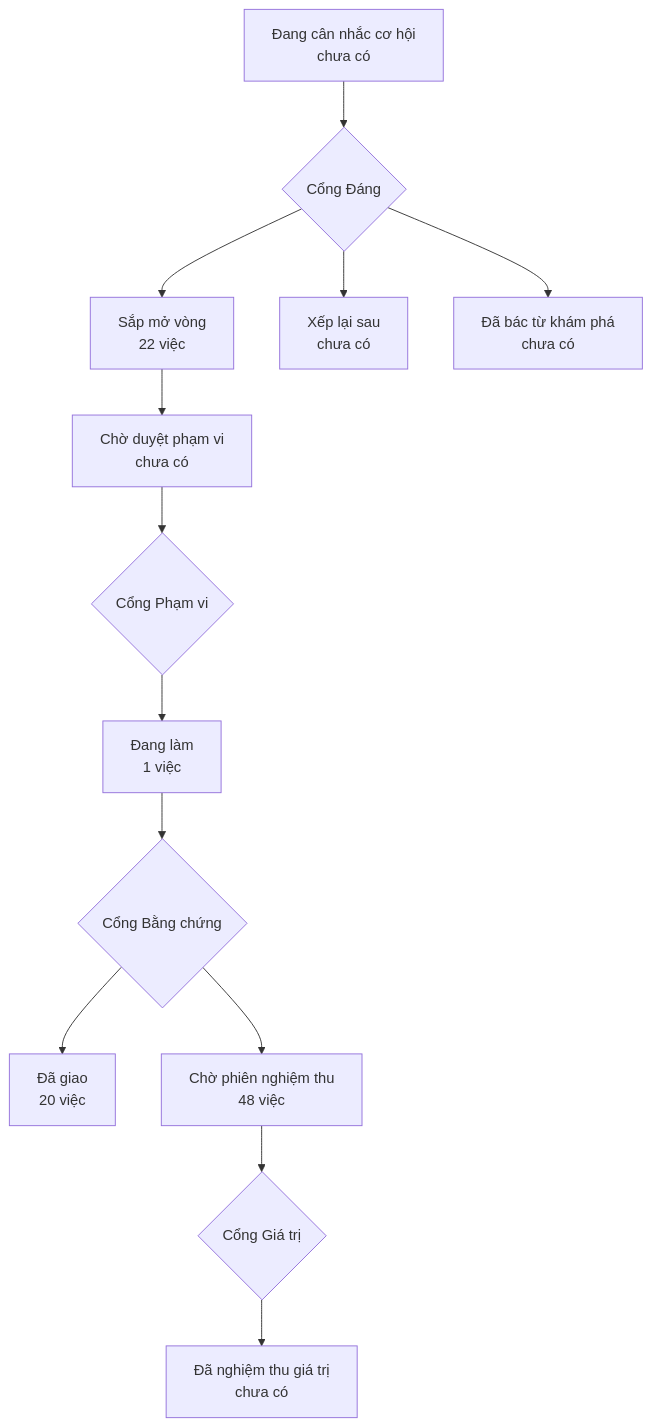
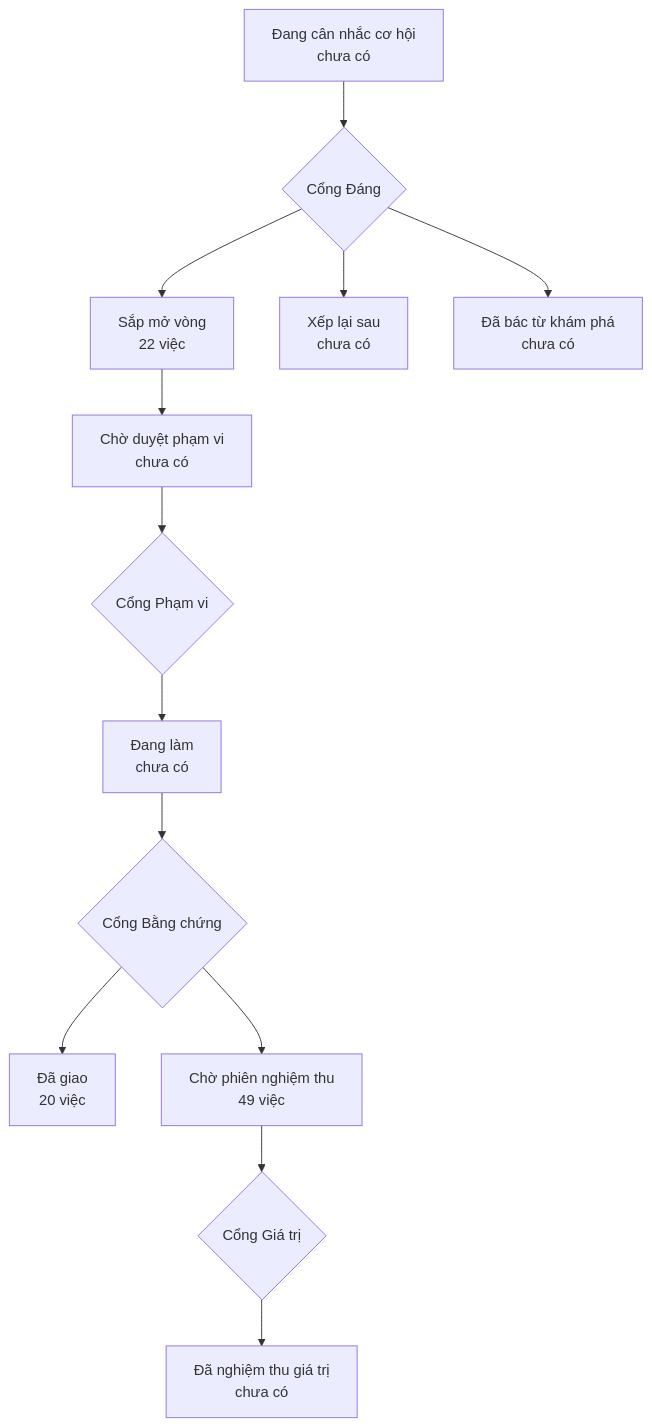
Before and after one commit to phanlemanh/onehub-quy-hang: the diagram in PRODUCT-MAP.md, drawn with Mermaid. The commit also changed other lines of this file and 23 other files, not shown here.

````diff
--- a/PRODUCT-MAP.md
+++ b/PRODUCT-MAP.md
@@ -7,12 +7,12 @@
 ```mermaid
 flowchart TD
   A["Đang cân nhắc cơ hội<br/>chưa có"] --> GD{"Cổng Đáng"}
   GD --> B["Sắp mở vòng<br/>22 việc"]
   GD --> XL["Xếp lại sau<br/>chưa có"]
   GD --> DB["Đã bác từ khám phá<br/>chưa có"]
   B --> CD["Chờ duyệt phạm vi<br/>chưa có"] --> GP{"Cổng Phạm vi"}
-  GP --> DL["Đang làm<br/>1 việc"] --> GB{"Cổng Bằng chứng"}
+  GP --> DL["Đang làm<br/>chưa có"] --> GB{"Cổng Bằng chứng"}
   GB --> DG["Đã giao<br/>20 việc"]
-  GB --> CN["Chờ phiên nghiệm thu<br/>48 việc"] --> GG{"Cổng Giá trị"}
+  GB --> CN["Chờ phiên nghiệm thu<br/>49 việc"] --> GG{"Cổng Giá trị"}
   GG --> NT["Đã nghiệm thu giá trị<br/>chưa có"]
 ```
````
